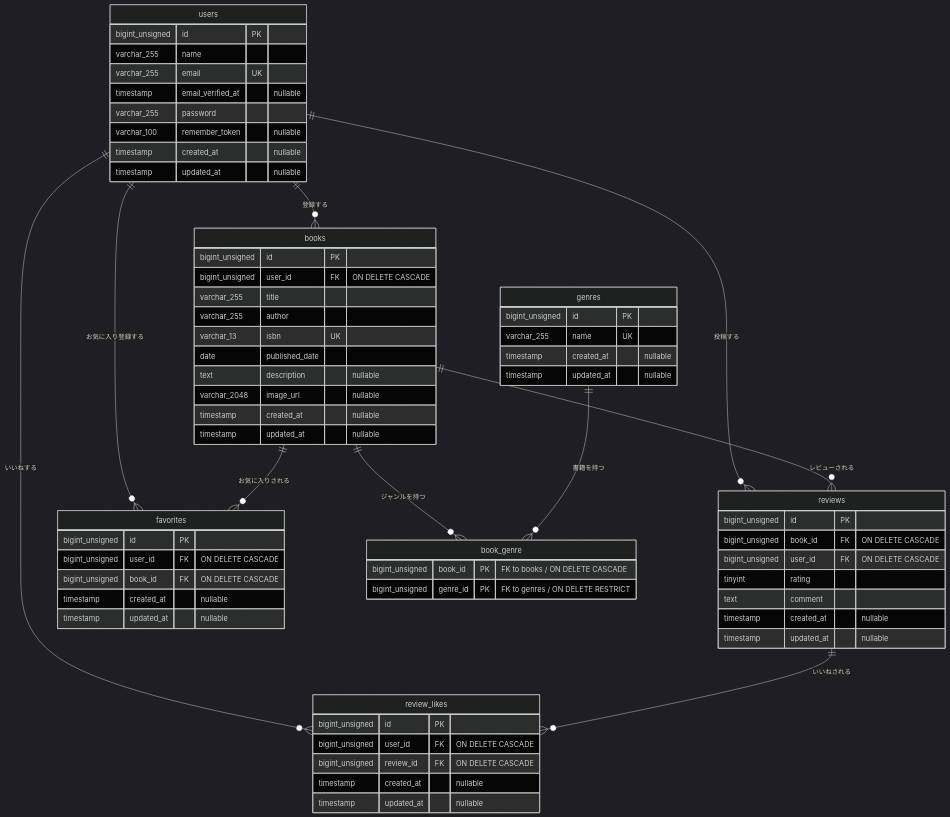
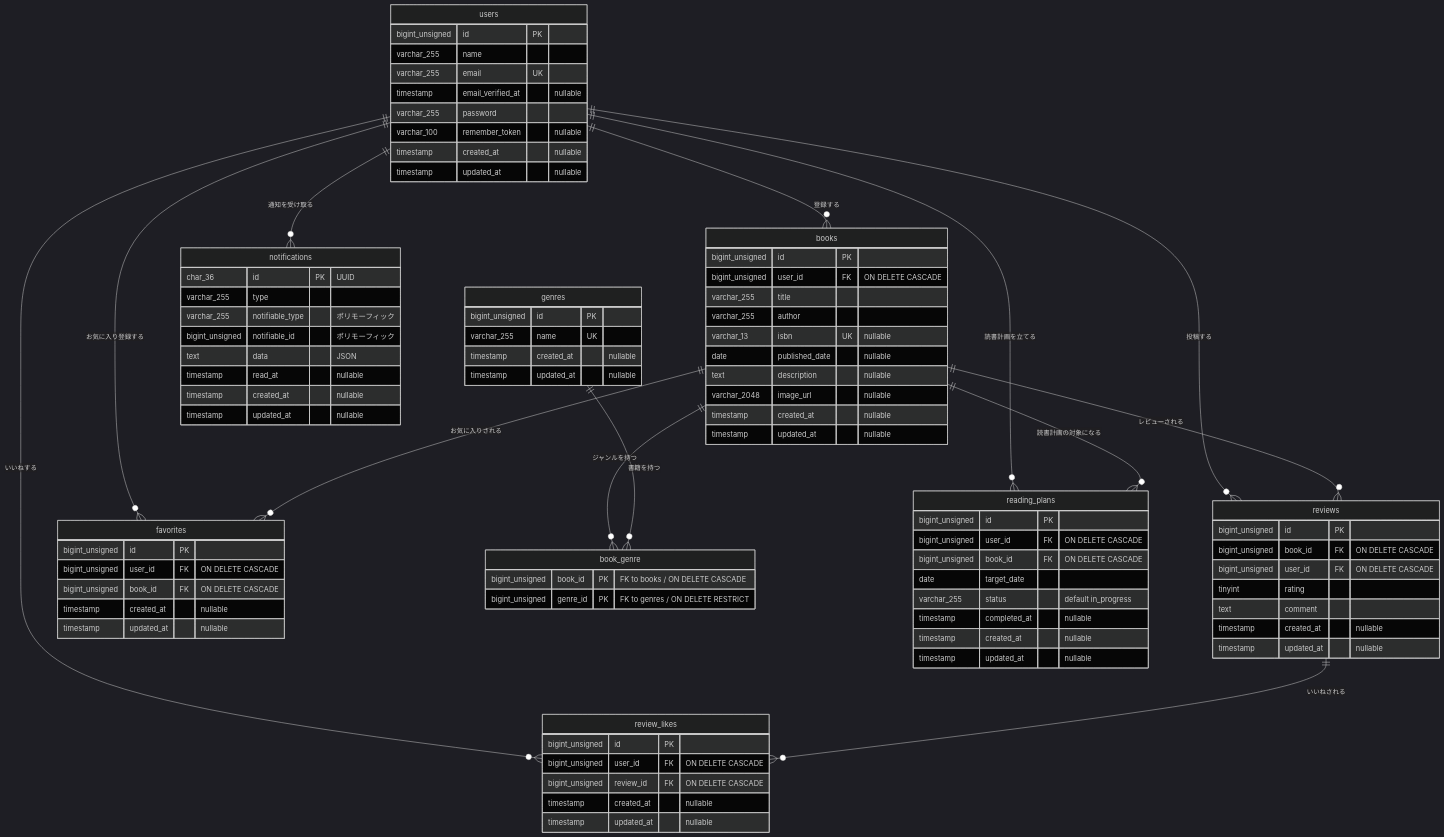
One commit to kawamura613/bookshelf-app changed the diagram in README.md. Above: the diagram before and after it, drawn with Mermaid (dark theme). The commit also changed other lines of this file and 59 other files, not shown here.

````diff
--- a/README.md
+++ b/README.md
@@ -40,6 +54,9 @@
     books ||--o{ reviews : "レビューされる"
     books ||--o{ favorites : "お気に入りされる"
     reviews ||--o{ review_likes : "いいねされる"
+    users ||--o{ reading_plans : "読書計画を立てる"
+    books ||--o{ reading_plans : "読書計画の対象になる"
+    users ||--o{ notifications : "通知を受け取る"
 
     users {
         bigint_unsigned id PK
@@ -64,8 +81,8 @@
         bigint_unsigned user_id FK "ON DELETE CASCADE"
         varchar_255 title
         varchar_255 author
-        varchar_13 isbn UK
-        date published_date
+        varchar_13 isbn UK "nullable"
+        date published_date "nullable"
         text description "nullable"
         varchar_2048 image_url "nullable"
         timestamp created_at "nullable"
@@ -102,4 +119,26 @@
         timestamp created_at "nullable"
         timestamp updated_at "nullable"
     }
+
+    reading_plans {
+        bigint_unsigned id PK
+        bigint_unsigned user_id FK "ON DELETE CASCADE"
+        bigint_unsigned book_id FK "ON DELETE CASCADE"
+        date target_date
+        varchar_255 status "default in_progress"
+        timestamp completed_at "nullable"
+        timestamp created_at "nullable"
+        timestamp updated_at "nullable"
+    }
+
+    notifications {
+        char_36 id PK "UUID"
+        varchar_255 type
+        varchar_255 notifiable_type "ポリモーフィック"
+        bigint_unsigned notifiable_id "ポリモーフィック"
+        text data "JSON"
+        timestamp read_at "nullable"
+        timestamp created_at "nullable"
+        timestamp updated_at "nullable"
+    }
 ```
````
